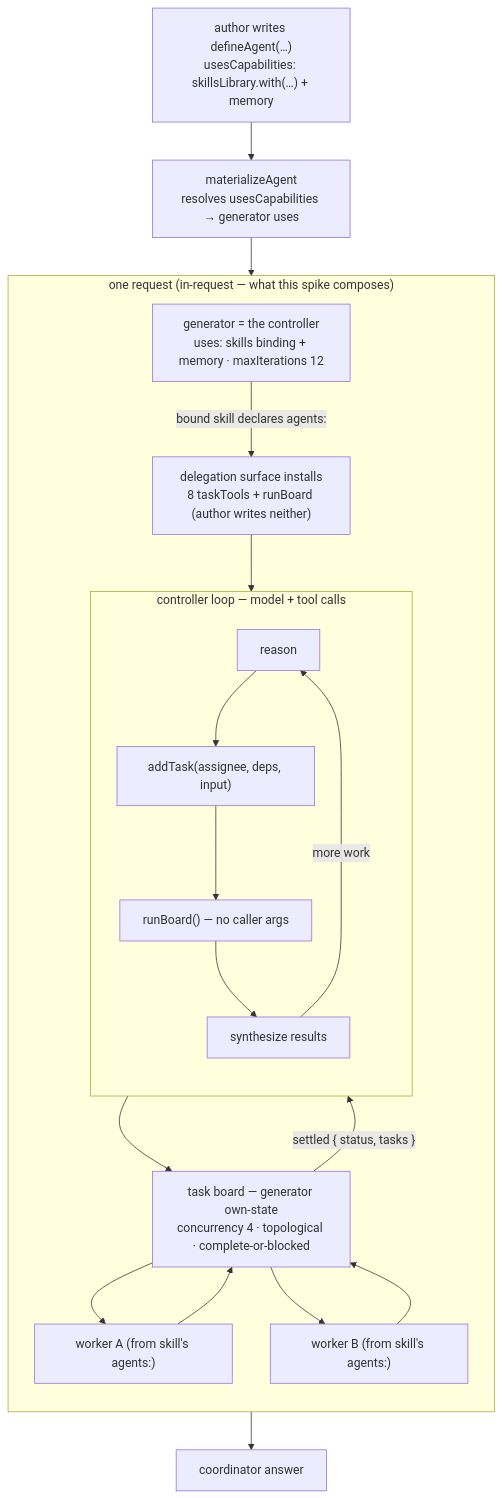
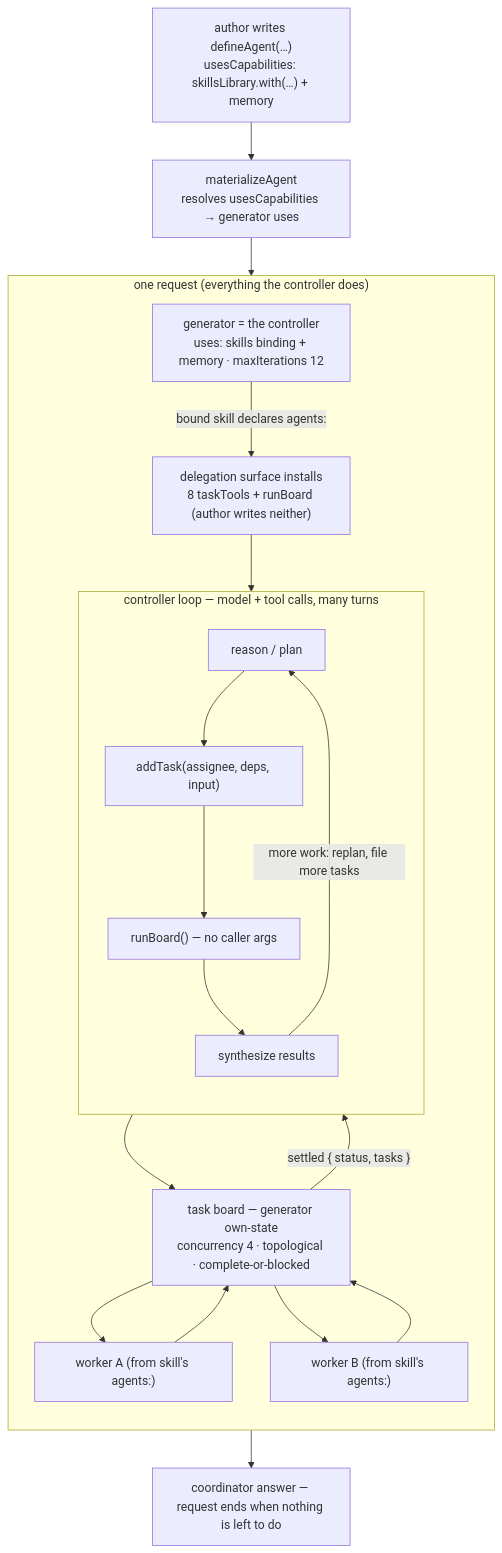
The diagram in docs/specs/FIX-929.md (fixpoint-labs/flow-state-dev), drawn with Mermaid before and after one commit. The commit also changed other lines of this file, not shown here.

````diff
--- a/docs/specs/FIX-929.md
+++ b/docs/specs/FIX-929.md
@@ -229,27 +254,27 @@
 ```mermaid
 flowchart TD
   A["author writes defineAgent(…)<br/>usesCapabilities: skillsLibrary.with(…) + memory"]
   A --> M["materializeAgent<br/>resolves usesCapabilities → generator uses"]
   M --> G
 
-  subgraph REQ["one request (in-request — what this spike composes)"]
+  subgraph REQ["one request (everything the controller does)"]
     direction TB
     G["generator = the controller<br/>uses: skills binding + memory · maxIterations 12"]
     G -->|"bound skill declares agents:"| SURF["delegation surface installs<br/>8 taskTools + runBoard (author writes neither)"]
     SURF --> LOOP
-    subgraph LOOP["controller loop — model + tool calls"]
+    subgraph LOOP["controller loop — model + tool calls, many turns"]
       direction TB
-      R["reason"] --> ADD["addTask(assignee, deps, input)"]
+      R["reason / plan"] --> ADD["addTask(assignee, deps, input)"]
       ADD --> RB["runBoard() — no caller args"]
       RB --> SYN["synthesize results"]
-      SYN -->|more work| R
+      SYN -->|more work: replan, file more tasks| R
     end
     RB --> BOARD["task board — generator own-state<br/>concurrency 4 · topological · complete-or-blocked"]
     BOARD --> W1["worker A (from skill's agents:)"]
     BOARD --> W2["worker B (from skill's agents:)"]
     W1 --> BOARD
     W2 --> BOARD
     BOARD -->|"settled { status, tasks }"| SYN
   end
-  SYN --> OUT["coordinator answer"]
+  SYN --> OUT["coordinator answer — request ends when nothing is left to do"]
 ```
````
